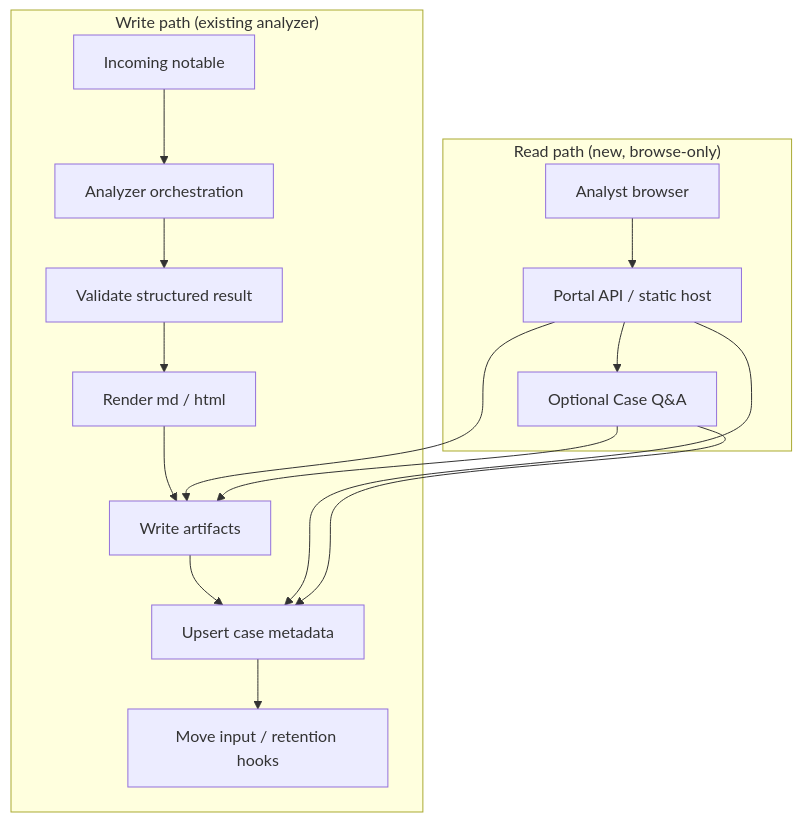
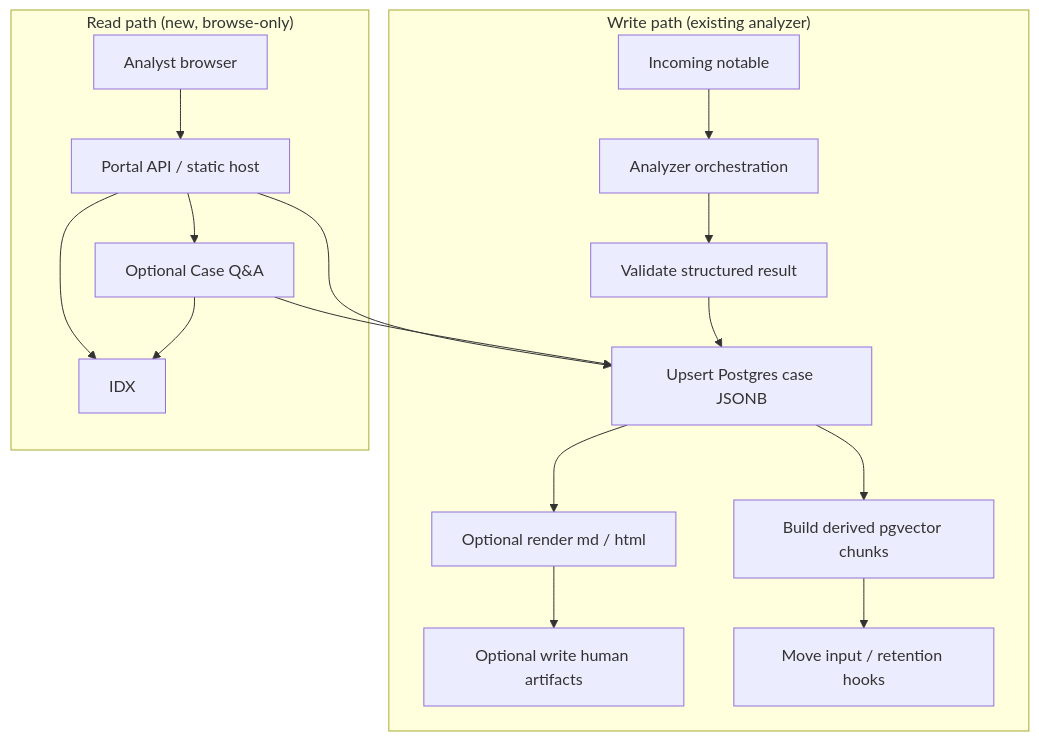
One commit to dreyna001/llm_notable_analysis changed the second of 2 diagrams in llm_notable_analysis_onprem_systemd/docs/architecture/feature_enhancements_architecture.md. Above: the diagram before and after it, drawn with Mermaid. The commit also changed other lines of this file and 21 other files, not shown here.

````diff
--- a/llm_notable_analysis_onprem_systemd/docs/architecture/feature_enhancements_architecture.md
+++ b/llm_notable_analysis_onprem_systemd/docs/architecture/feature_enhancements_architecture.md
@@ -752,20 +752,21 @@
 ```mermaid
 flowchart TB
   subgraph WritePath["Write path (existing analyzer)"]
     IN[Incoming notable] --> AN[Analyzer orchestration]
     AN --> VAL[Validate structured result]
-    VAL --> RND[Render md / html]
-    RND --> ART[Write artifacts]
-    ART --> IDX[Upsert case metadata]
-    IDX --> MOV[Move input / retention hooks]
+    VAL --> DB[Upsert Postgres case JSONB]
+    DB --> CHUNK[Build derived pgvector chunks]
+    DB --> RND[Optional render md / html]
+    RND --> ART[Optional write human artifacts]
+    CHUNK --> MOV[Move input / retention hooks]
   end
 
   subgraph ReadPath["Read path (new, browse-only)"]
     UI[Analyst browser] --> PORT[Portal API / static host]
     PORT --> IDX
-    PORT --> ART
+    PORT --> DB
     PORT --> QA[Optional Case Q&A]
     QA --> IDX
-    QA --> ART
+    QA --> DB
   end
 ```
````
